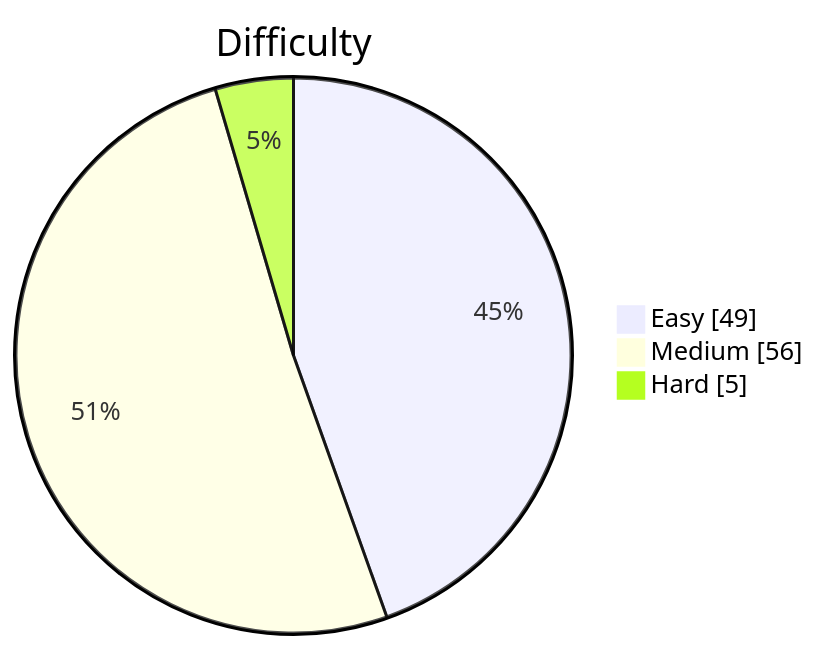
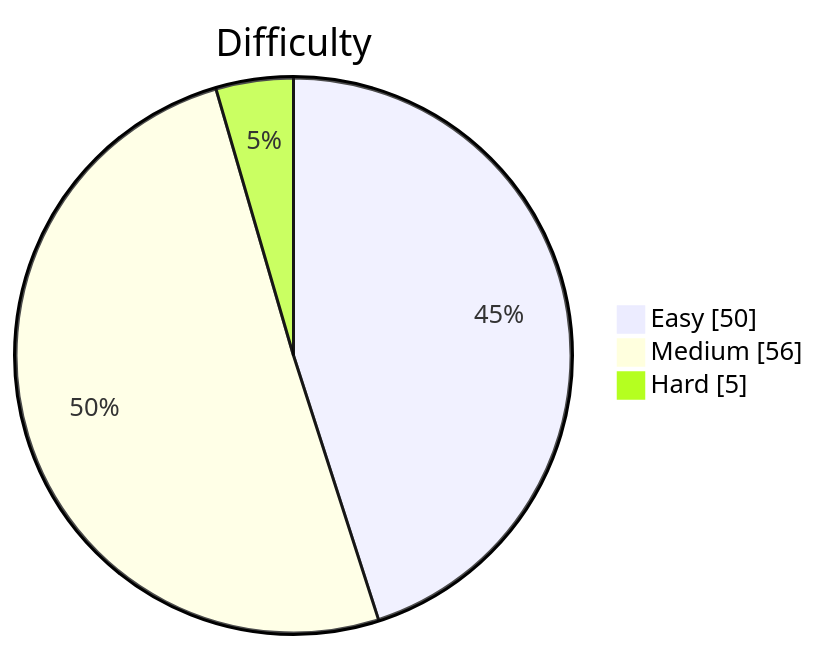
The diagram in README.md (kevstevie/python-algo-practice), drawn with Mermaid before and after one commit. The commit also changed other lines of this file, not shown here.

````diff
--- a/README.md
+++ b/README.md
@@ -13,7 +13,7 @@
 ```mermaid
 pie showData
     title Difficulty
-    "Easy"   : 49
+    "Easy"   : 50
     "Medium" : 56
     "Hard"   : 5
 ```
````
